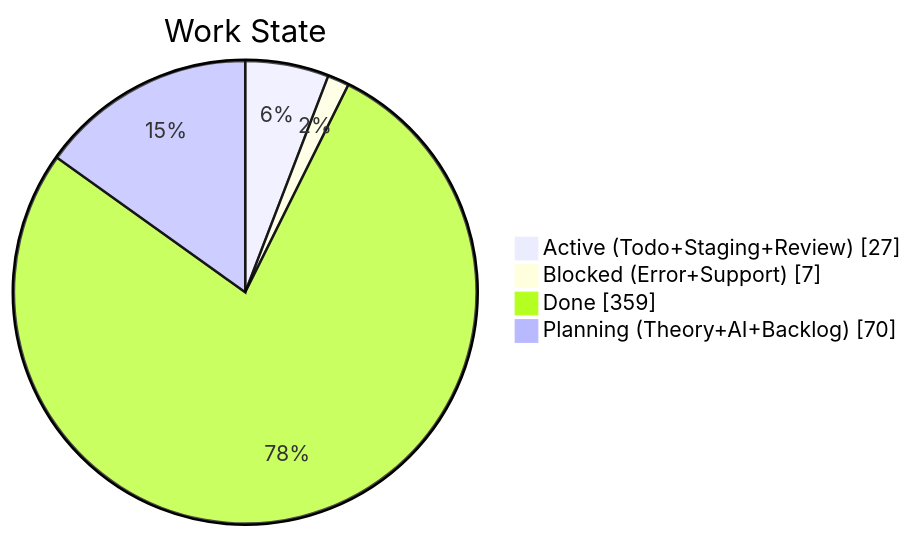
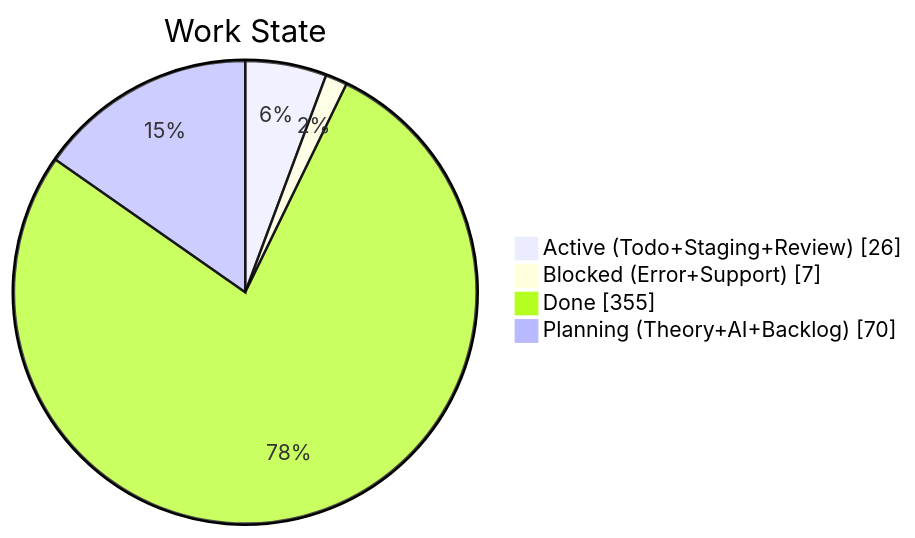
Before and after one commit to KBVE/kbve: the second of 4 diagrams in apps/kbve/astro-kbve/src/content/docs/dashboard/kanban-data.mdx, drawn with Mermaid. The commit also changed other lines of this file and 8 other files, not shown here.

````diff
--- a/apps/kbve/astro-kbve/src/content/docs/dashboard/kanban-data.mdx
+++ b/apps/kbve/astro-kbve/src/content/docs/dashboard/kanban-data.mdx
@@ -68,8 +68,8 @@
 ```mermaid
 pie showData
     title Work State
-    "Active (Todo+Staging+Review)" : 27
+    "Active (Todo+Staging+Review)" : 26
     "Blocked (Error+Support)" : 7
-    "Done" : 359
+    "Done" : 355
     "Planning (Theory+AI+Backlog)" : 70
 ```
````
